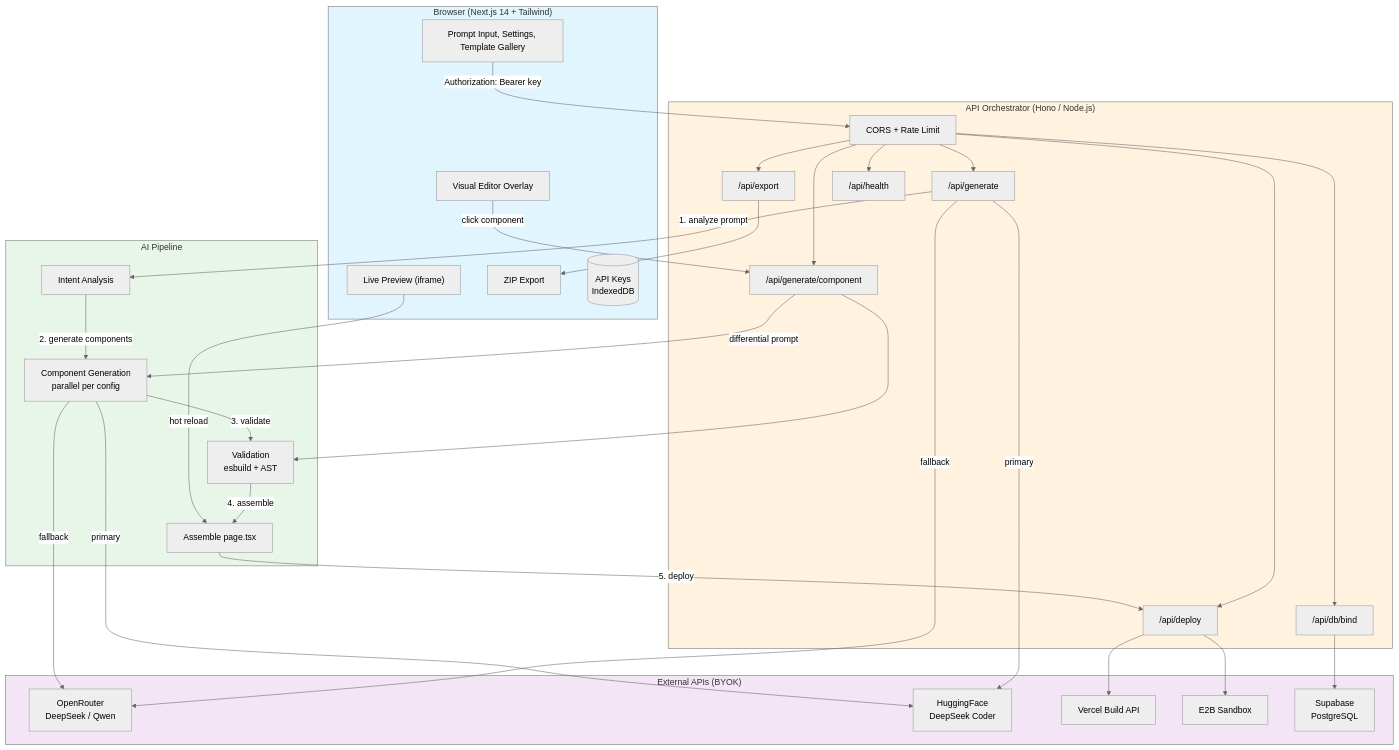
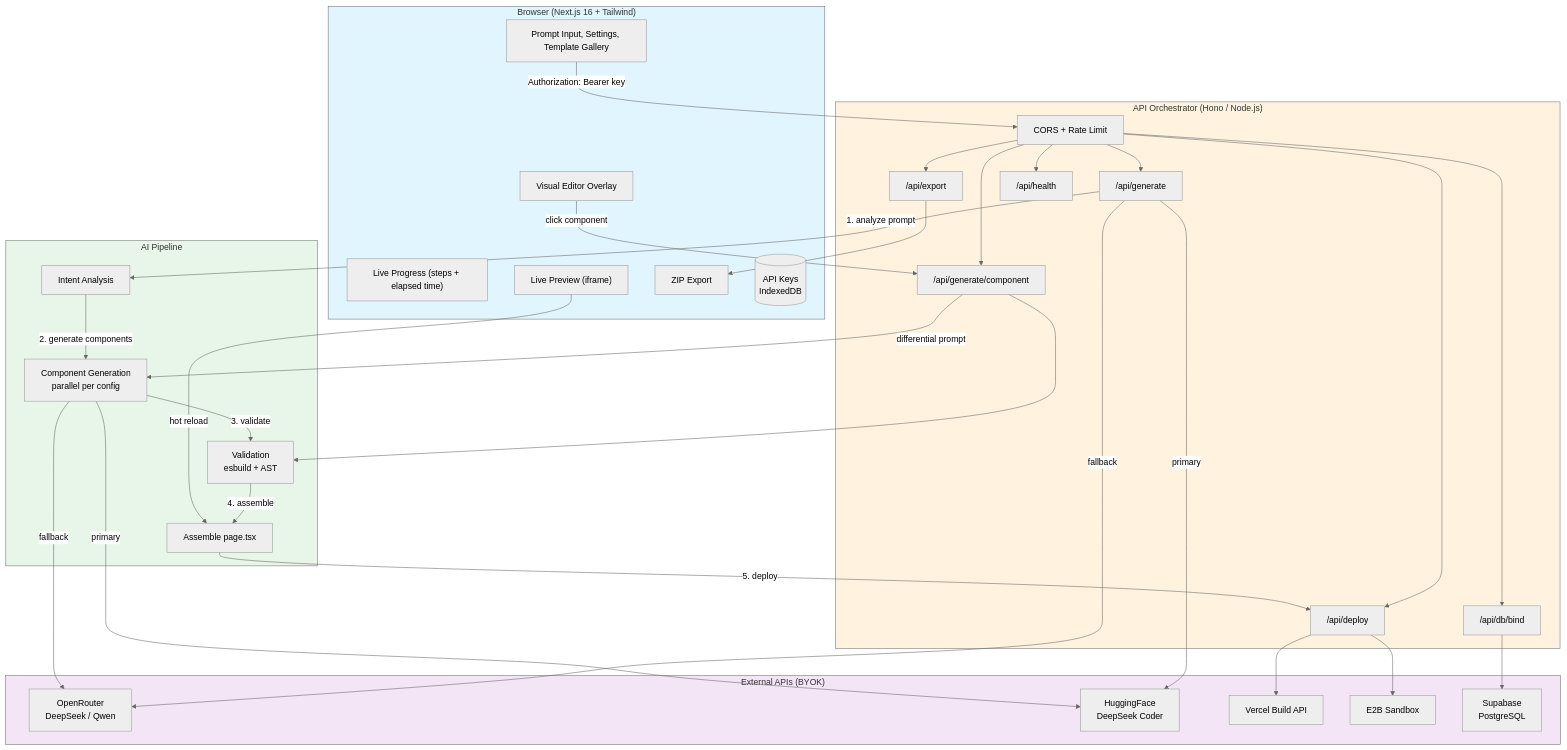
One commit to ezpectus/forgeai changed the first of 2 diagrams in docs/architecture.md. Above: the diagram before and after it, drawn with Mermaid (neutral theme). The commit also changed 3 other files, not shown here.

Commit message:
docs: update README, CHANGELOG, architecture, features, bug-report, competitor-analysis; add v1.2 roadmap

````diff
--- a/docs/architecture.md
+++ b/docs/architecture.md
@@ -9,69 +9,70 @@
 ```mermaid
 flowchart TB
-    subgraph Browser["Browser (Next.js 14 + Tailwind)"]
+    subgraph Browser["Browser (Next.js 16 + Tailwind)"]
         UI["Prompt Input, Settings, Template Gallery"]
+        Progress["Live Progress (steps + elapsed time)"]
         Preview["Live Preview (iframe)"]
         Editor["Visual Editor Overlay"]
         Export["ZIP Export"]
         Keys[("API Keys<br/>IndexedDB")]
     end
 
     subgraph Orchestrator["API Orchestrator (Hono / Node.js)"]
         CORS["CORS + Rate Limit"]
         GenAPI["/api/generate"]
         CompAPI["/api/generate/component"]
         DeployAPI["/api/deploy"]
         ExportAPI["/api/export"]
         DbAPI["/api/db/bind"]
         HealthAPI["/api/health"]
     end
 
     subgraph AIPipeline["AI Pipeline"]
         Intent["Intent Analysis"]
         ComponentGen["Component Generation<br/>parallel per config"]
         Validate["Validation<br/>esbuild + AST"]
         Assemble["Assemble page.tsx"]
     end
 
     subgraph Providers["External APIs (BYOK)"]
         OpenRouter["OpenRouter<br/>DeepSeek / Qwen"]
         HuggingFace["HuggingFace<br/>DeepSeek Coder"]
         Vercel["Vercel Build API"]
         E2B["E2B Sandbox"]
         Supabase["Supabase<br/>PostgreSQL"]
     end
 
     UI -->|Authorization: Bearer key| CORS
     CORS --> GenAPI
     CORS --> CompAPI
     CORS --> DeployAPI
     CORS --> ExportAPI
     CORS --> DbAPI
     CORS --> HealthAPI
 
     GenAPI -->|1. analyze prompt| Intent
     Intent -->|2. generate components| ComponentGen
     ComponentGen -->|3. validate| Validate
     Validate -->|4. assemble| Assemble
     Assemble -->|5. deploy| DeployAPI
     DeployAPI --> Vercel
     DeployAPI --> E2B
     ExportAPI --> Export
     DbAPI --> Supabase
 
     GenAPI -->|fallback| OpenRouter
     GenAPI -->|primary| HuggingFace
     ComponentGen -->|fallback| OpenRouter
     ComponentGen -->|primary| HuggingFace
 
     CompAPI -->|differential prompt| ComponentGen
     CompAPI --> Validate
 
     Preview -->|hot reload| Assemble
     Editor -->|click component| CompAPI
 
     style Browser fill:#e1f5fe
     style Orchestrator fill:#fff3e0
     style AIPipeline fill:#e8f5e9
     style Providers fill:#f3e5f5
 ```
````
